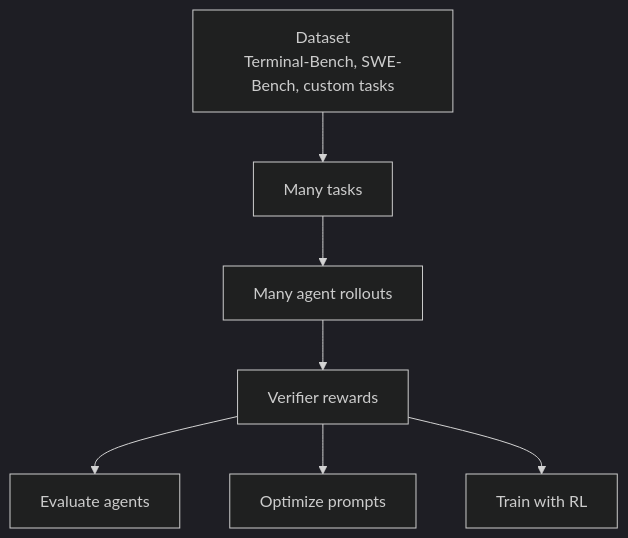
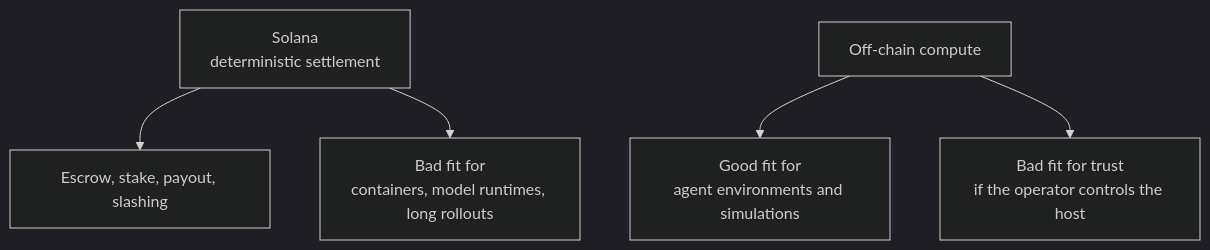
The second of 13 diagrams in why.md (arakoodev/SolRL), drawn with Mermaid (dark theme) before and after one commit. The commit also changed other lines of this file, not shown here.

````diff
--- a/why.md
+++ b/why.md
@@ -47,9 +44,8 @@
 ```mermaid
 flowchart TB
-    Dataset["Dataset<br/>Terminal-Bench, SWE-Bench, custom tasks"] --> Tasks["Many tasks"]
-    Tasks --> Rollouts["Many agent rollouts"]
-    Rollouts --> Rewards["Verifier rewards"]
-    Rewards --> Compare["Evaluate agents"]
-    Rewards --> Optimize["Optimize prompts"]
-    Rewards --> Train["Train with RL"]
+    Chain["Solana<br/>deterministic settlement"] --> Good["Escrow, stake, payout, slashing"]
+    Chain --> Bad["Bad fit for<br/>containers, model runtimes, long rollouts"]
+
+    Offchain["Off-chain compute"] --> Good2["Good fit for<br/>agent environments and simulations"]
+    Offchain --> Bad2["Bad fit for trust<br/>if the operator controls the host"]
 ```
````
